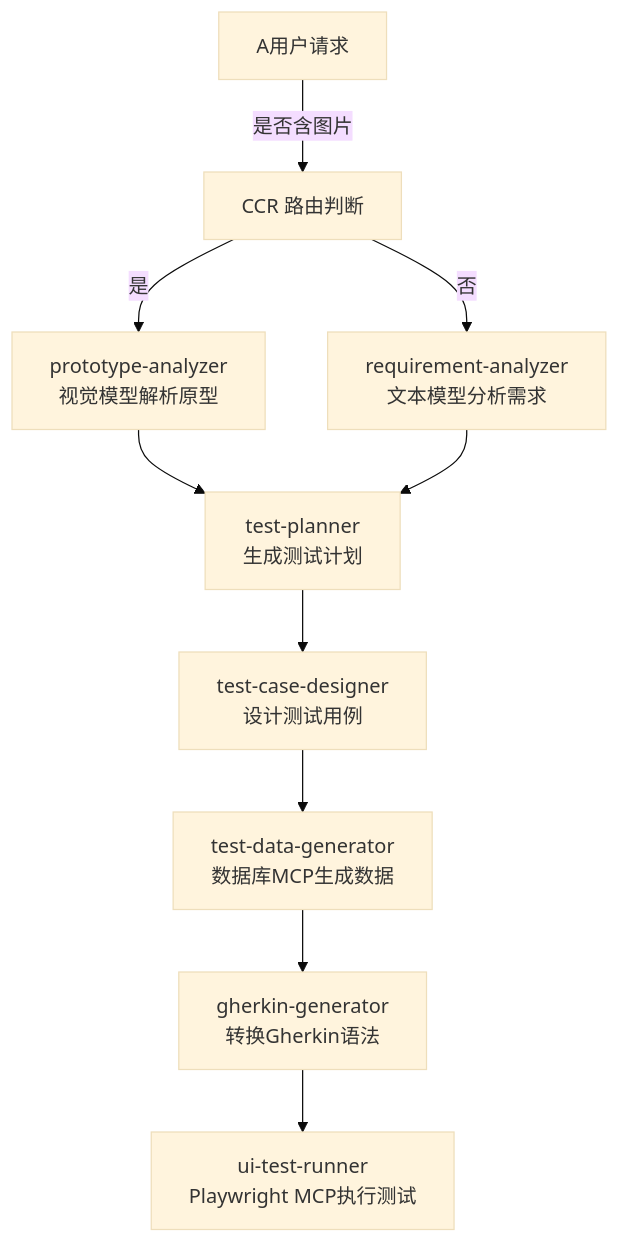
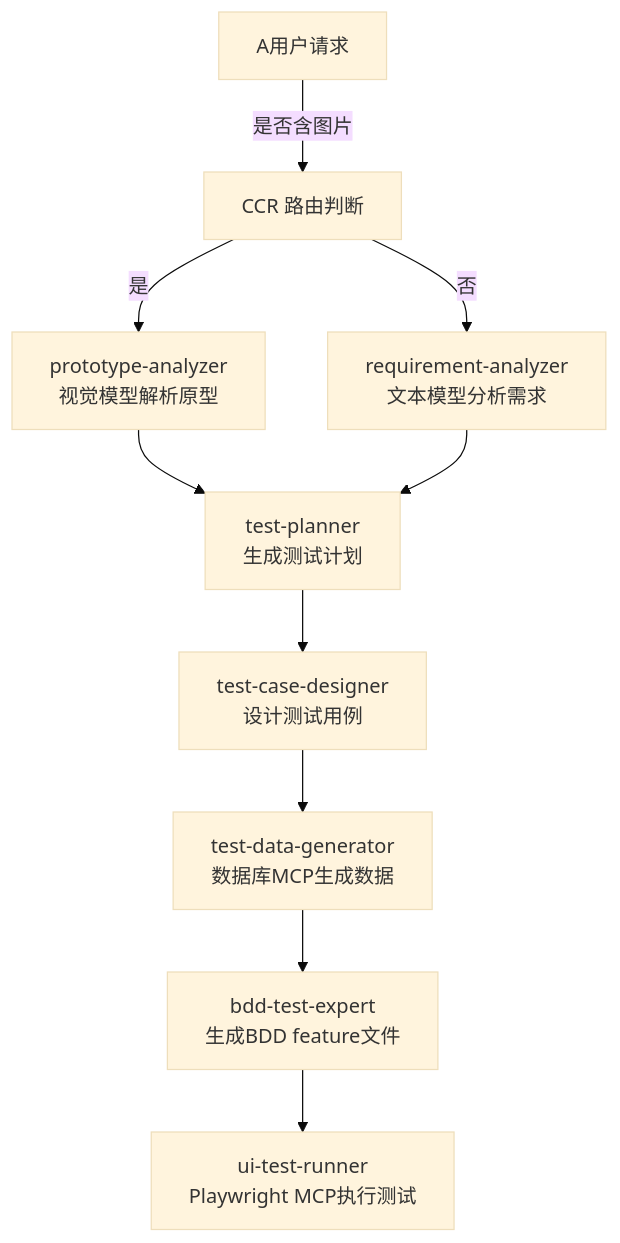
Before and after one commit to SuperOuxx/claude-code-router-ui: the diagram in .claude/agents/README.md, drawn with Mermaid (base theme). The commit also changed other lines of this file and 10 other files, not shown here.

Commit message:
subagent gherkin-generator 重命名为 bdd-test-expert

````diff
--- a/.claude/agents/README.md
+++ b/.claude/agents/README.md
@@ -7,12 +7,12 @@
 ```mermaid
 graph TD
     A用户请求 -->|是否含图片| B[CCR 路由判断]
     B -->|是| C[prototype-analyzer<br/>视觉模型解析原型]
     B -->|否| D[requirement-analyzer<br/>文本模型分析需求]
     C --> E[test-planner<br/>生成测试计划]
     D --> E
     E --> F[test-case-designer<br/>设计测试用例]
     F --> G[test-data-generator<br/>数据库MCP生成数据]
-    G --> H[gherkin-generator<br/>转换Gherkin语法]
+    G --> H[bdd-test-expert<br/>生成BDD feature文件]
     H --> I[ui-test-runner<br/>Playwright MCP执行测试]
 ```
````
